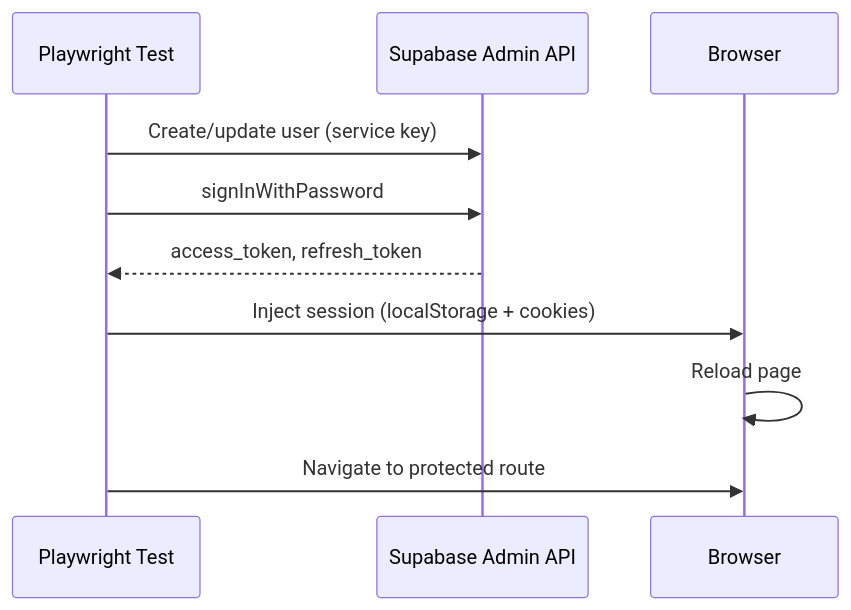
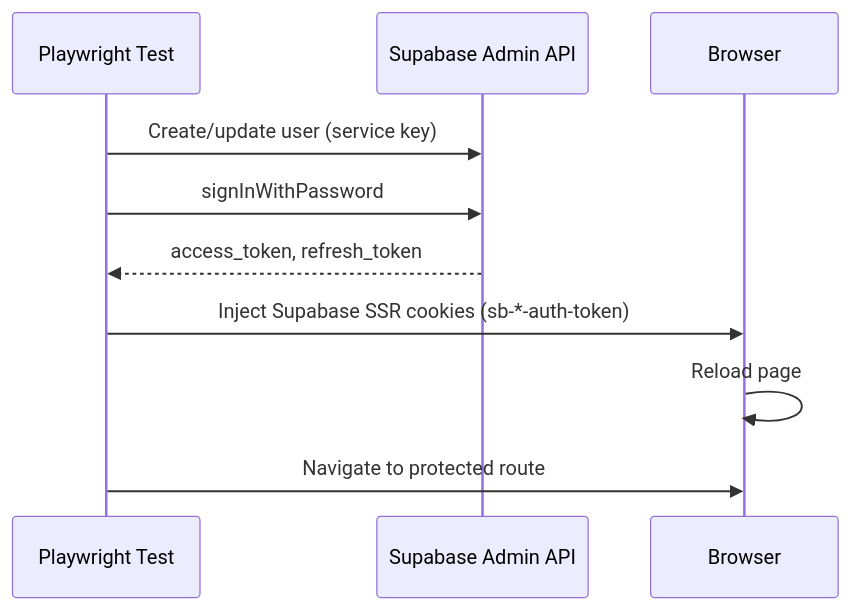
Before and after one commit to AKTK-Bystrze/Magazyn: the diagram in frontend/docs/e2e-testing.md, drawn with Mermaid. The commit also changed other lines of this file and 3 other files, not shown here.

````diff
--- a/frontend/docs/e2e-testing.md
+++ b/frontend/docs/e2e-testing.md
@@ -62,13 +62,13 @@
 ```mermaid
 sequenceDiagram
     participant Test as Playwright Test
     participant Supabase as Supabase Admin API
     participant Browser
 
     Test->>Supabase: Create/update user (service key)
     Test->>Supabase: signInWithPassword
     Supabase-->>Test: access_token, refresh_token
-    Test->>Browser: Inject session (localStorage + cookies)
+    Test->>Browser: Inject Supabase SSR cookies (sb-*-auth-token)
     Browser->>Browser: Reload page
     Test->>Browser: Navigate to protected route
 ```
````
